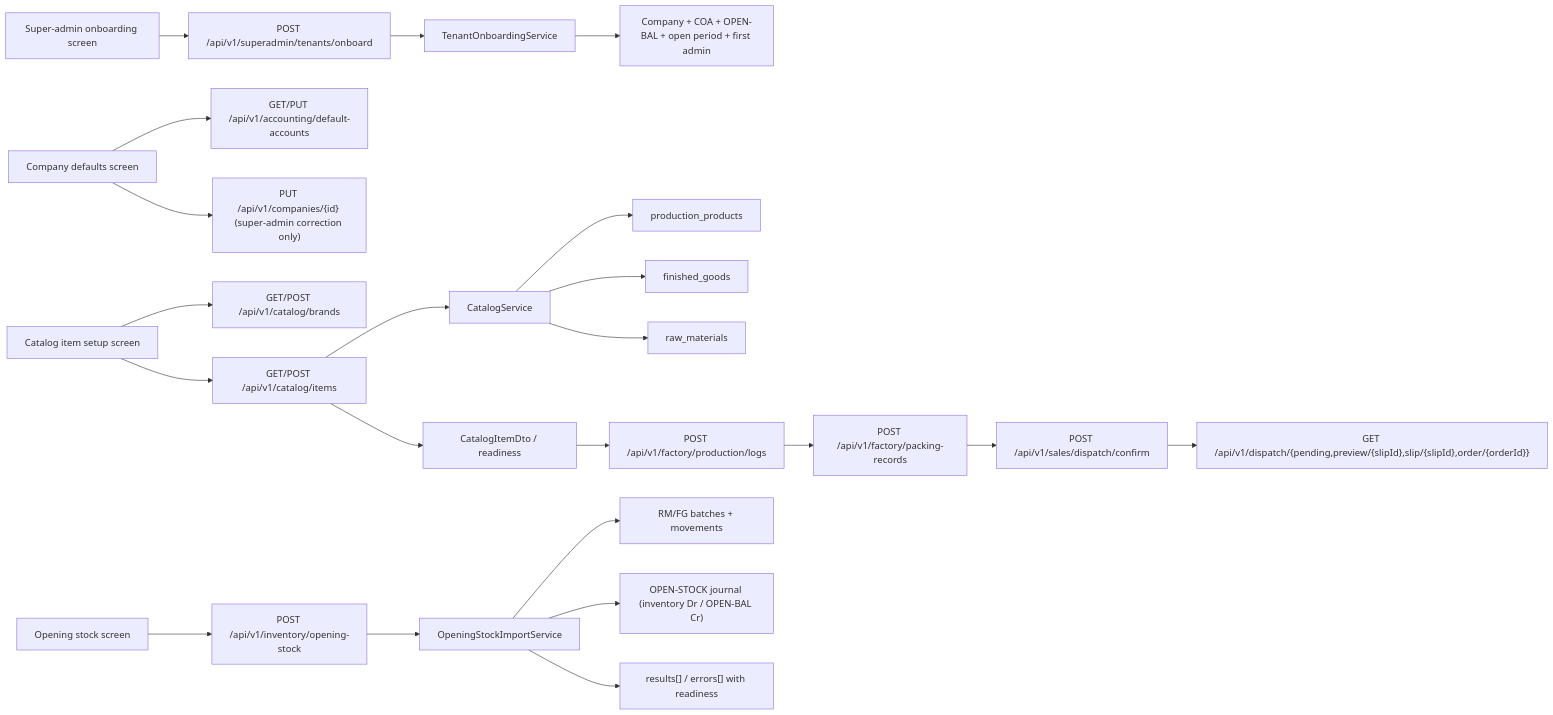
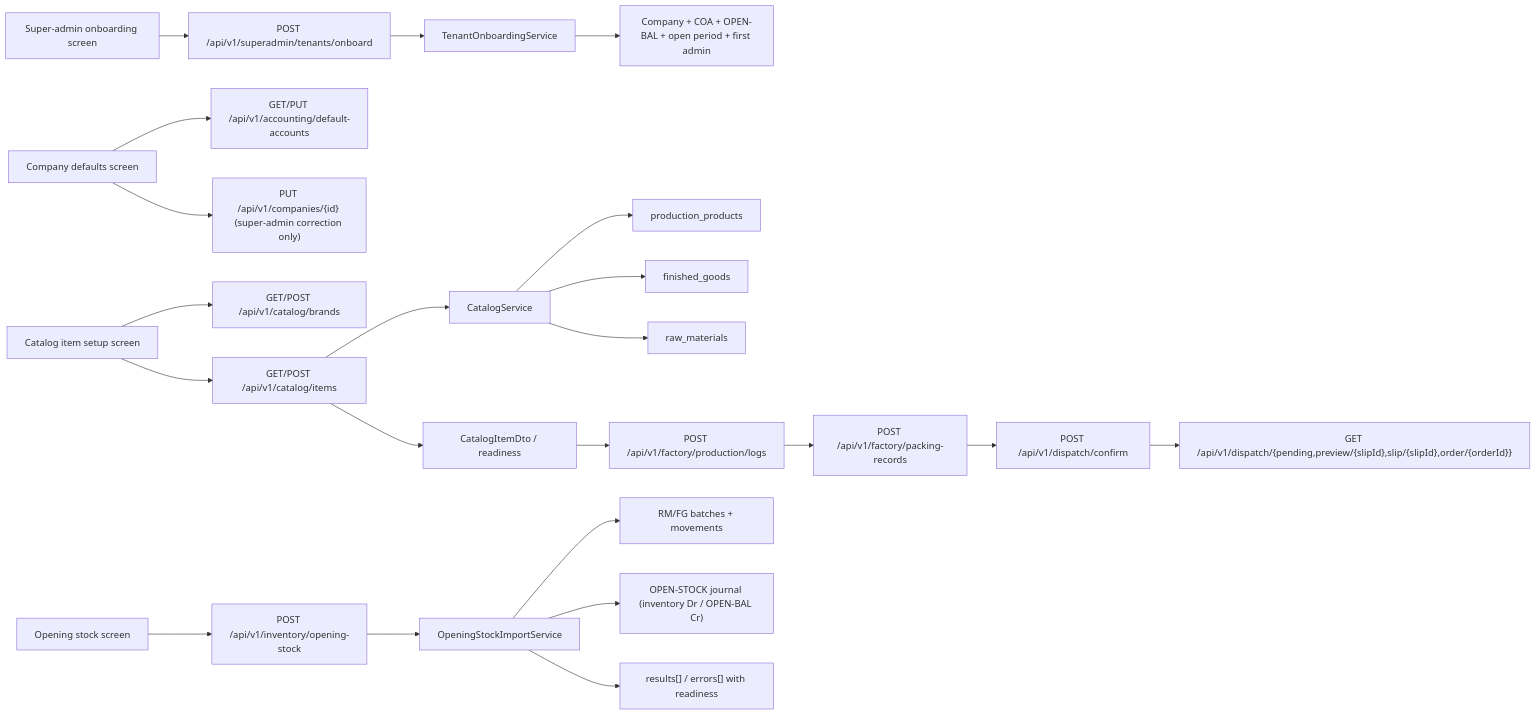
The diagram in docs/developer/onboarding-stock-readiness/01-current-state-flow.md (anasibnanwar-XYE/bigbrightpaints-erp), drawn with Mermaid before and after one commit. The commit also changed other lines of this file and 53 other files, not shown here.

````diff
--- a/docs/developer/onboarding-stock-readiness/01-current-state-flow.md
+++ b/docs/developer/onboarding-stock-readiness/01-current-state-flow.md
@@ -7,28 +7,28 @@
 ```mermaid
 flowchart LR
     SA["Super-admin onboarding screen"] --> ONB["POST /api/v1/superadmin/tenants/onboard"]
     ONB --> TOS["TenantOnboardingService"]
     TOS --> BOOT["Company + COA + OPEN-BAL + open period + first admin"]
 
     DEF["Company defaults screen"] --> DACC["GET/PUT /api/v1/accounting/default-accounts"]
     DEF --> COMP["PUT /api/v1/companies/{id} (super-admin correction only)"]
 
     SKU["Catalog item setup screen"] --> BR["GET/POST /api/v1/catalog/brands"]
     SKU --> ITEM["GET/POST /api/v1/catalog/items"]
     ITEM --> CATSVC["CatalogService"]
     CATSVC --> PROD["production_products"]
     CATSVC --> FG["finished_goods"]
     CATSVC --> RM["raw_materials"]
     ITEM --> READY["CatalogItemDto / readiness"]
 
     OST["Opening stock screen"] --> IMP["POST /api/v1/inventory/opening-stock"]
     IMP --> OSI["OpeningStockImportService"]
     OSI --> BATCH["RM/FG batches + movements"]
     OSI --> JE["OPEN-STOCK journal (inventory Dr / OPEN-BAL Cr)"]
     OSI --> OREADY["results[] / errors[] with readiness"]
 
     READY --> PLOG["POST /api/v1/factory/production/logs"]
     PLOG --> PACK["POST /api/v1/factory/packing-records"]
-    PACK --> DISP["POST /api/v1/sales/dispatch/confirm"]
+    PACK --> DISP["POST /api/v1/dispatch/confirm"]
     DISP --> DREAD["GET /api/v1/dispatch/{pending,preview/{slipId},slip/{slipId},order/{orderId}}"]
 ```
````
